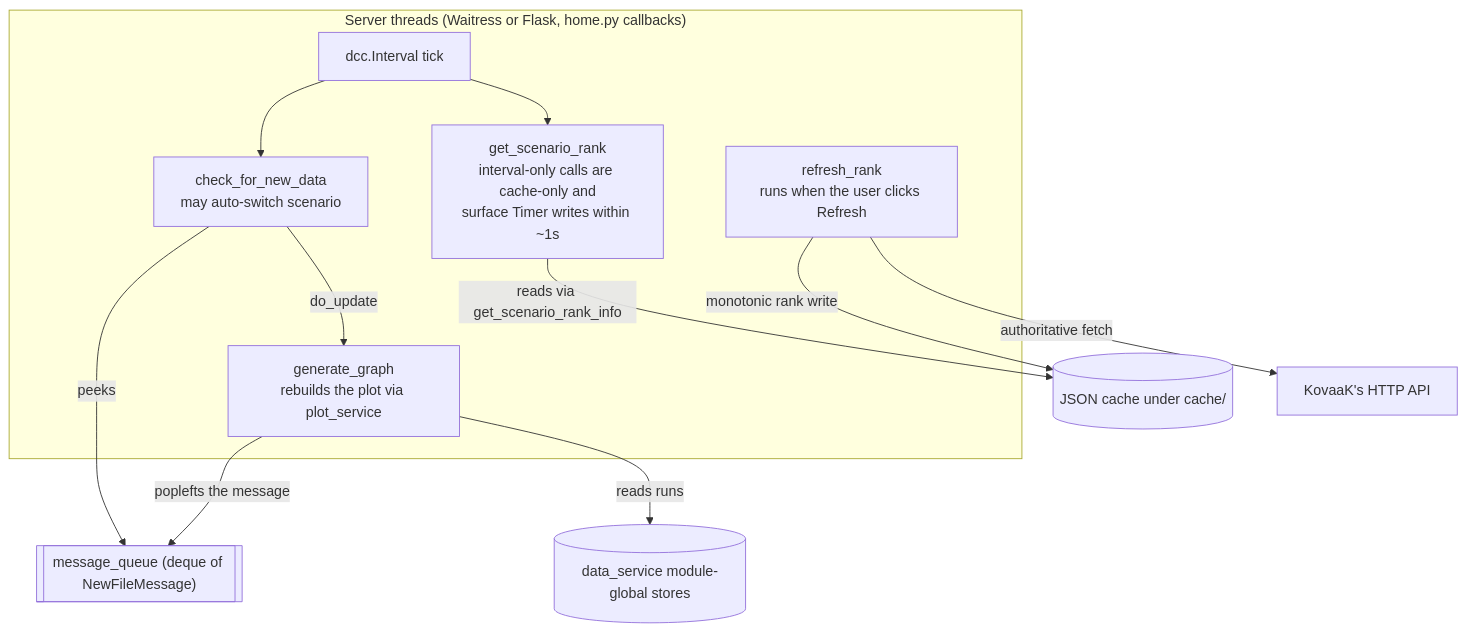
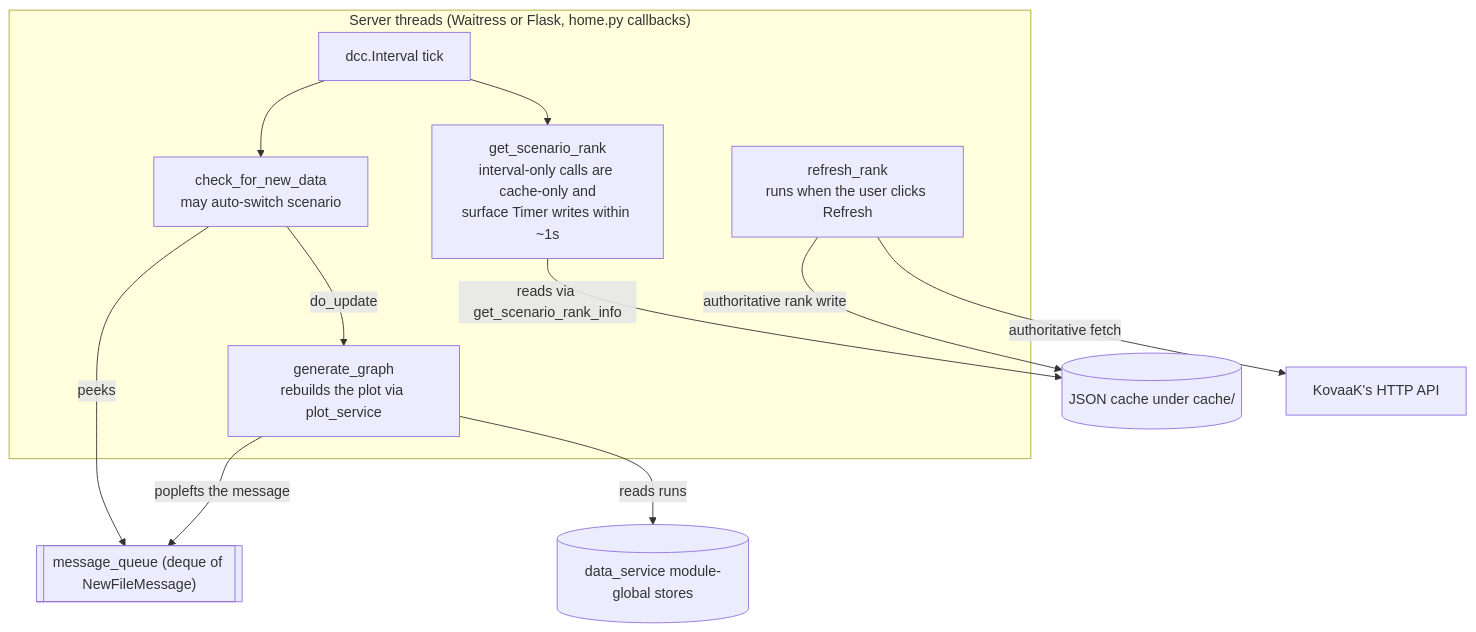
One commit to MingoDynasty/Corporate-Serf-Dashboard changed the second of 3 diagrams in docs/architecture.md. Above: the diagram before and after it, drawn with Mermaid.

Commit message:
Address review: manual Refresh write is not monotonic
refresh_rank calls get_scenario_rank_info with force_refresh=True, which
saves with allow_regression=force_refresh — a manual refresh may replace
the cached rank with worse or unranked board truth. Label the edge
"authoritative rank write" instead. The Timer-chain write keeps its
"monotonic" label; that path saves without allow_regression.

````diff
--- a/docs/architecture.md
+++ b/docs/architecture.md
@@ -62,25 +62,25 @@
 ```mermaid
 flowchart TD
     subgraph Server["Server threads (Waitress or Flask, home.py callbacks)"]
         Tick["dcc.Interval tick"]
         Check["check_for_new_data<br/>may auto-switch scenario"]
         Graph["generate_graph<br/>rebuilds the plot via plot_service"]
         Rank["get_scenario_rank<br/>interval-only calls are cache-only and<br/>surface Timer writes within ~1s"]
         Refresh["refresh_rank<br/>runs when the user clicks Refresh"]
         Tick --> Check
         Check -->|"do_update"| Graph
         Tick --> Rank
     end
 
     Queue[["message_queue (deque of NewFileMessage)"]]
     Stores[("data_service module-global stores")]
     Cache[("JSON cache under cache/")]
     API["KovaaK's HTTP API"]
 
     Check -->|"peeks"| Queue
     Graph -->|"poplefts the message"| Queue
     Graph -->|"reads runs"| Stores
     Rank -->|"reads via get_scenario_rank_info"| Cache
     Refresh -->|"authoritative fetch"| API
-    Refresh -->|"monotonic rank write"| Cache
+    Refresh -->|"authoritative rank write"| Cache
 ```
````
